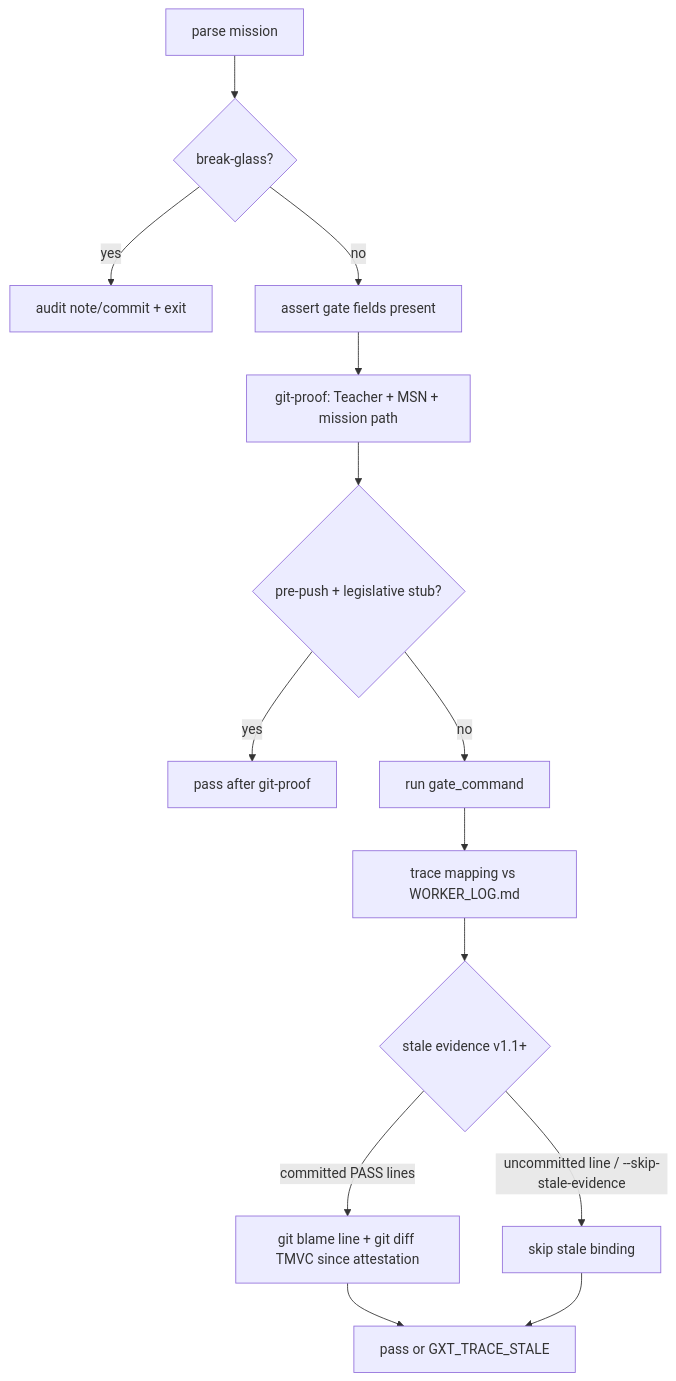
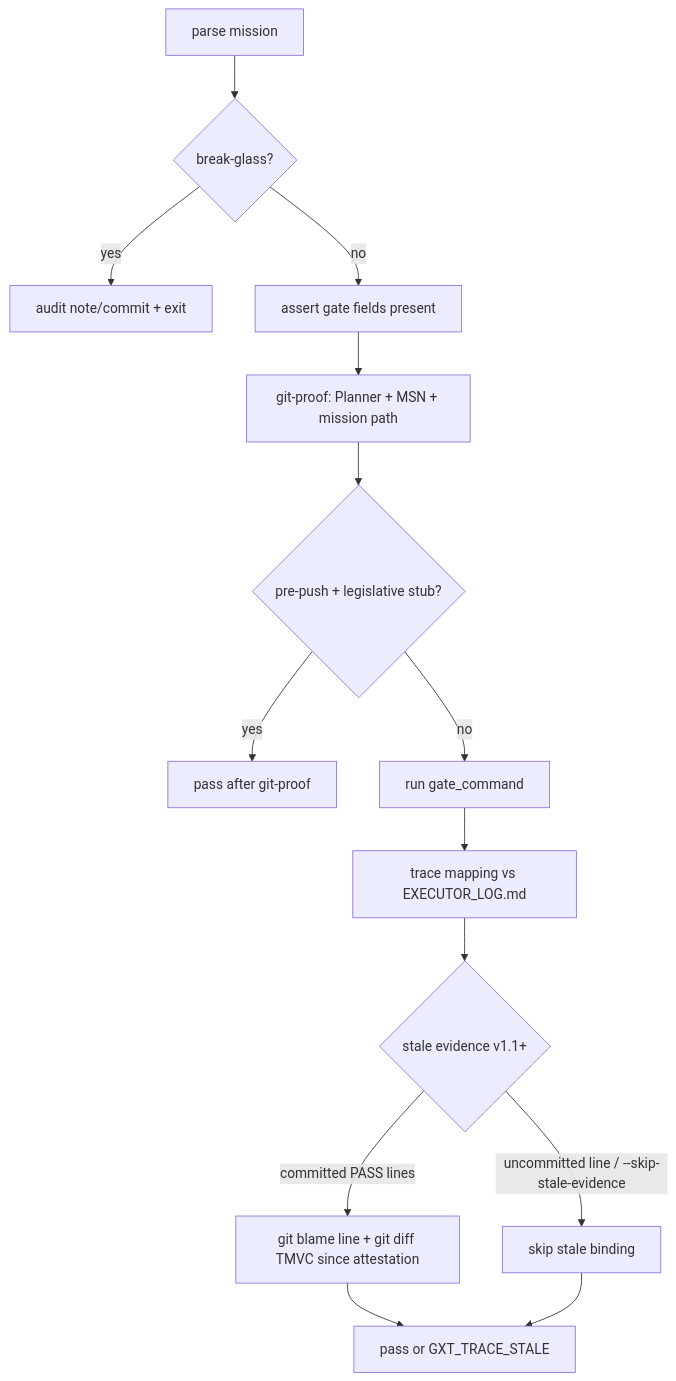
Before and after one commit to jeger-ai/opengantry: the first of 2 diagrams in PROJECT_OUTLINE_ANALYSIS.md, drawn with Mermaid. The commit also changed other lines of this file and 246 other files, not shown here.

First line of the commit message:
[MSN-0075] hard rename Teacher→Planner, Worker→Executor

````diff
--- a/PROJECT_OUTLINE_ANALYSIS.md
+++ b/PROJECT_OUTLINE_ANALYSIS.md
@@ -85,16 +85,16 @@
 ```mermaid
 flowchart TD
   A[parse mission] --> B{break-glass?}
   B -->|yes| C[audit note/commit + exit]
   B -->|no| D[assert gate fields present]
-  D --> E[git-proof: Teacher + MSN + mission path]
+  D --> E[git-proof: Planner + MSN + mission path]
   E --> F{pre-push + legislative stub?}
   F -->|yes| G[pass after git-proof]
   F -->|no| H[run gate_command]
-  H --> I[trace mapping vs WORKER_LOG.md]
+  H --> I[trace mapping vs EXECUTOR_LOG.md]
   I --> J{stale evidence v1.1+}
   J -->|committed PASS lines| K[git blame line + git diff TMVC since attestation]
   J -->|uncommitted line / --skip-stale-evidence| L[skip stale binding]
   K --> M[pass or GXT_TRACE_STALE]
   L --> M
 ```
````
